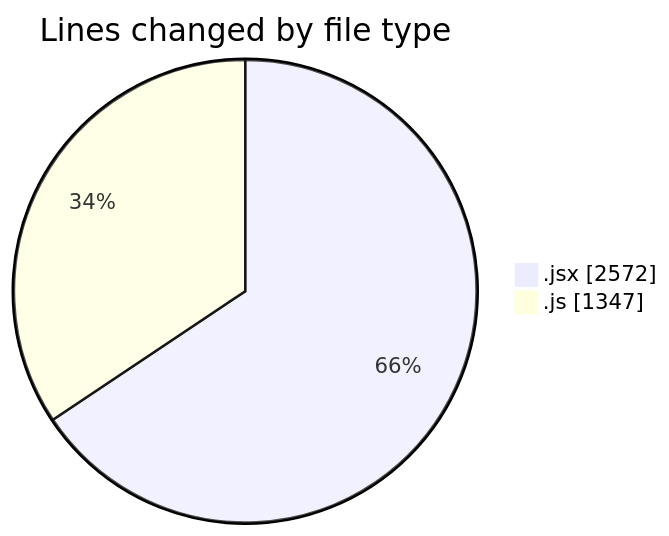
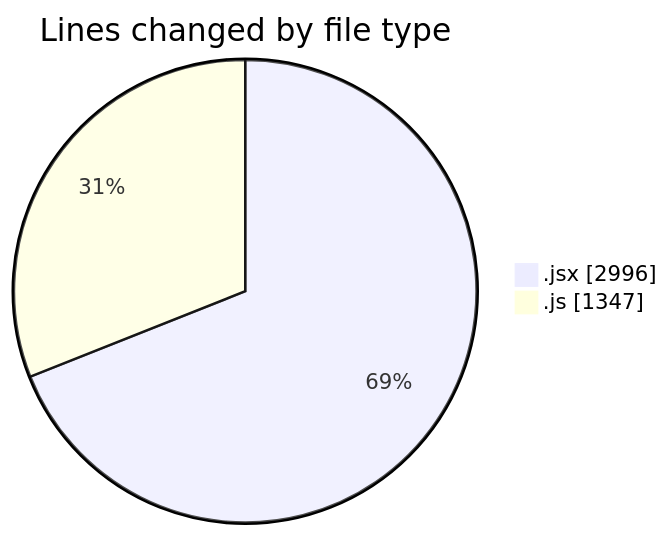
The first of 2 diagrams in 2025-07-11/argos/README.md (nxtqubesakshisongat/code-tracking), drawn with Mermaid before and after one commit. The commit also changed other lines of this file and 1 other file, not shown here.

````diff
--- a/2025-07-11/argos/README.md
+++ b/2025-07-11/argos/README.md
@@ -24,6 +25,6 @@
 ```mermaid
 pie showData
 title Lines changed by file type
-".jsx" : 2572
+".jsx" : 2996
 ".js" : 1347
 ```
````
